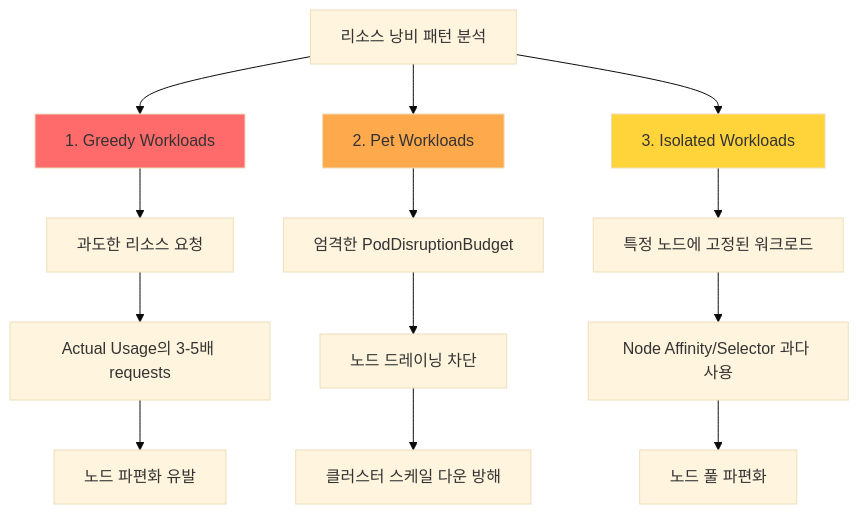
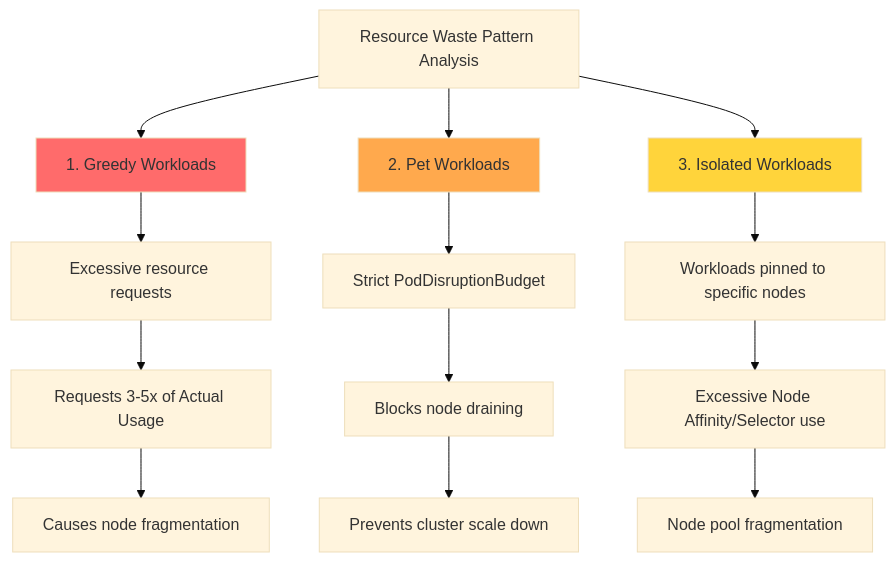
The eighth of 16 diagrams in i18n/en/docusaurus-plugin-content-docs/current/eks-best-practices/resource-cost/eks-resource-optimization.md (devfloor9/engineering-playbook), drawn with Mermaid (base theme) before and after one commit. The commit also changed other lines of this file, not shown here.

Commit message:
docs(i18n/en): complete eks-resource-optimization.md translation (1356 Korean lines)

````diff
--- a/i18n/en/docusaurus-plugin-content-docs/current/eks-best-practices/resource-cost/eks-resource-optimization.md
+++ b/i18n/en/docusaurus-plugin-content-docs/current/eks-best-practices/resource-cost/eks-resource-optimization.md
@@ -2627,22 +2627,22 @@
 ```mermaid
 graph TB
-    A[리소스 낭비 패턴 분석] --> B[1. Greedy Workloads]
+    A[Resource Waste Pattern Analysis] --> B[1. Greedy Workloads]
     A --> C[2. Pet Workloads]
     A --> D[3. Isolated Workloads]
 
-    B --> B1[과도한 리소스 요청]
-    B1 --> B2[Actual Usage의 3-5배 requests]
-    B2 --> B3[노드 파편화 유발]
+    B --> B1[Excessive resource requests]
+    B1 --> B2[Requests 3-5x of Actual Usage]
+    B2 --> B3[Causes node fragmentation]
 
-    C --> C1[엄격한 PodDisruptionBudget]
-    C1 --> C2[노드 드레이닝 차단]
-    C2 --> C3[클러스터 스케일 다운 방해]
+    C --> C1[Strict PodDisruptionBudget]
+    C1 --> C2[Blocks node draining]
+    C2 --> C3[Prevents cluster scale down]
 
-    D --> D1[특정 노드에 고정된 워크로드]
-    D1 --> D2[Node Affinity/Selector 과다 사용]
-    D2 --> D3[노드 풀 파편화]
+    D --> D1[Workloads pinned to specific nodes]
+    D1 --> D2[Excessive Node Affinity/Selector use]
+    D2 --> D3[Node pool fragmentation]
 
     style B fill:#ff6b6b
     style C fill:#ffa94d
     style D fill:#ffd43b
 ```
````
